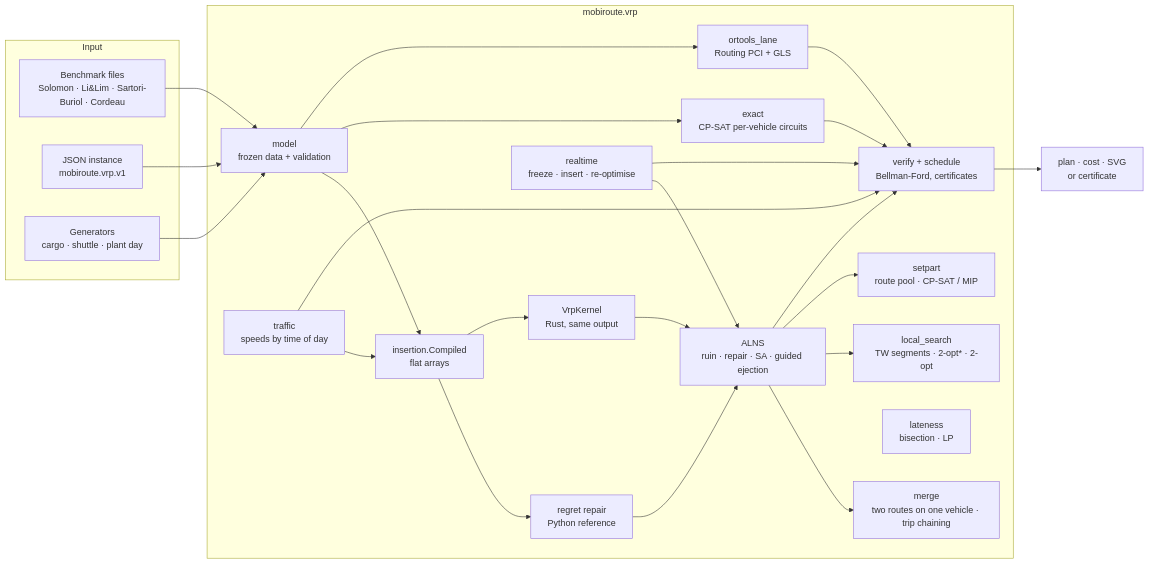
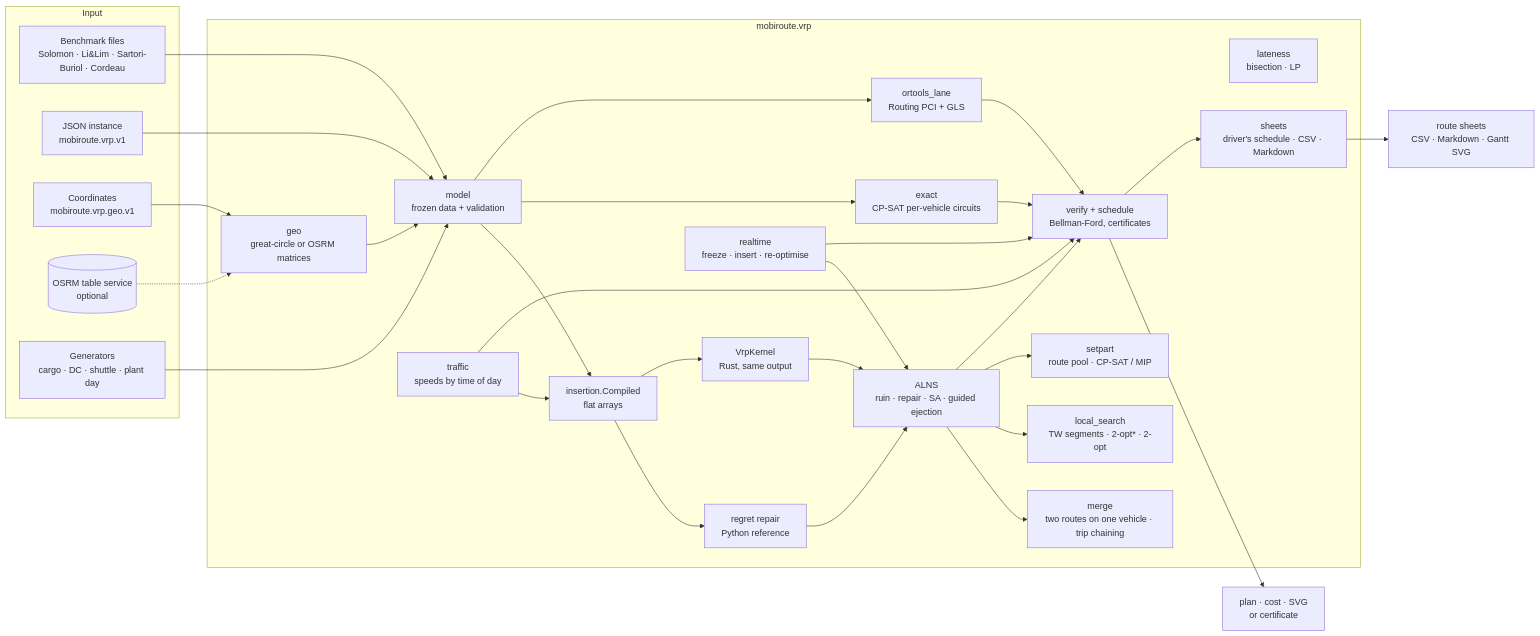
The diagram in docs/architecture.md (KonkovDV/SynAPS-MobiRoute), drawn with Mermaid before and after one commit. The commit also changed other lines of this file and 12 other files, not shown here.

First line of the commit message:
docs: coordinates, route sheets, Lemma 4 and the key formulas

````diff
--- a/docs/architecture.md
+++ b/docs/architecture.md
@@ -3,44 +3,52 @@
 ```mermaid
 flowchart LR
   subgraph input[Input]
     B[Benchmark files<br/>Solomon · Li&Lim · Sartori-Buriol · Cordeau]
     J[JSON instance<br/>mobiroute.vrp.v1]
-    G[Generators<br/>cargo · shuttle · plant day]
+    GEO[Coordinates<br/>mobiroute.vrp.geo.v1]
+    OSRM[(OSRM table service<br/>optional)]
+    G[Generators<br/>cargo · DC · shuttle · plant day]
   end
   subgraph vrp[mobiroute.vrp]
     M[model<br/>frozen data + validation]
     C[insertion.Compiled<br/>flat arrays]
     R[regret repair<br/>Python reference]
     K[VrpKernel<br/>Rust, same output]
     A[ALNS<br/>ruin · repair · SA · guided ejection]
     MG[merge<br/>two routes on one vehicle · trip chaining]
     LS[local_search<br/>TW segments · 2-opt* · 2-opt]
     SP[setpart<br/>route pool · CP-SAT / MIP]
     TR[traffic<br/>speeds by time of day]
     X[exact<br/>CP-SAT per-vehicle circuits]
     O[ortools_lane<br/>Routing PCI + GLS]
     L[lateness<br/>bisection · LP]
     T[realtime<br/>freeze · insert · re-optimise]
     V[verify + schedule<br/>Bellman-Ford, certificates]
+    GM[geo<br/>great-circle or OSRM matrices]
+    SH[sheets<br/>driver's schedule · CSV · Markdown]
   end
   B --> M
   J --> M
   G --> M
+  GEO --> GM
+  OSRM -.-> GM
+  GM --> M
   M --> C --> R
   C --> K
   R --> A
   K --> A
   A --> MG
   A --> LS
   A --> SP
   TR --> C
   TR --> V
   M --> X
   M --> O
   A --> V
   X --> V
   O --> V
   T --> A
   T --> V
   V --> OUT[plan · cost · SVG<br/>or certificate]
+  V --> SH --> SHEETS[route sheets<br/>CSV · Markdown · Gantt SVG]
 ```
````
